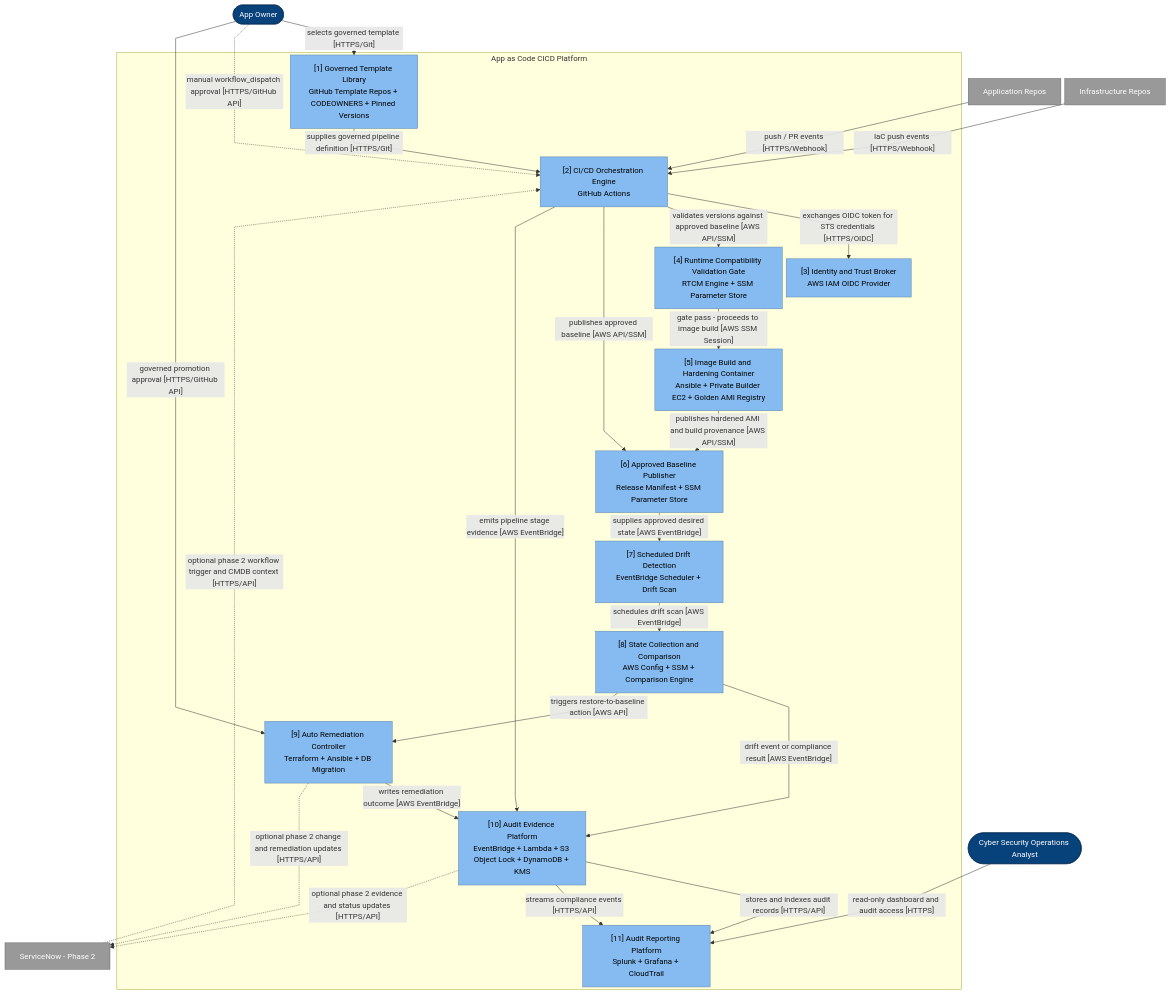
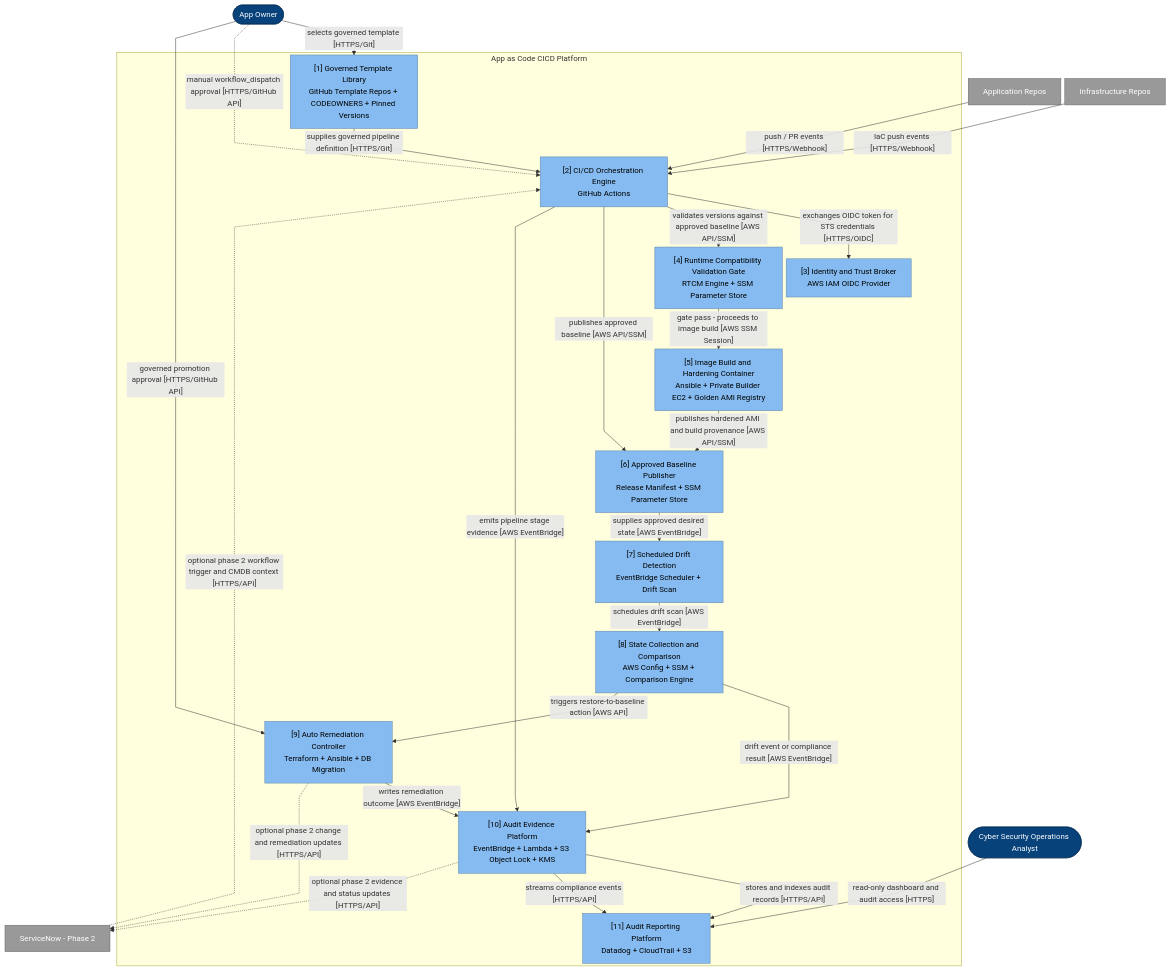
The diagram in architecture/c4-container-drawio.mmd (wingt903/CICD), drawn with Mermaid before and after one commit. The commit also changed 15 other files, not shown here.

Commit message:
Update architecture docs for S3-only audit storage and Datadog reporting

```diff
--- a/architecture/c4-container-drawio.mmd
+++ b/architecture/c4-container-drawio.mmd
@@ -1,89 +1,89 @@
 %%{init: {'themeVariables': {'fontSize': 9}, 'flowchart': {'nodeSpacing': 8, 'rankSpacing': 10, 'diagramPadding': 2, 'curve': 'linear'}}}%%
 graph TB
     %% C4 Container (Level 2) - draw.io compatible
 
     %% External actors
     appOwner([App Owner])
     auditor([Cyber Security Operations Analyst])
 
     %% External systems
     appRepos[Application Repos]
     infraRepos[Infrastructure Repos]
     sn[ServiceNow - Phase 2]
 
     %% System boundary
     subgraph cicd ["App as Code CICD Platform"]
         templates["[1] Governed Template Library
 GitHub Template Repos + CODEOWNERS + Pinned Versions"]
         orch["[2] CI/CD Orchestration Engine
 GitHub Actions"]
         trust["[3] Identity and Trust Broker
 AWS IAM OIDC Provider"]
         rtcm["[4] Runtime Compatibility Validation Gate
 RTCM Engine + SSM Parameter Store"]
         imagebuild["[5] Image Build and Hardening Container
 Ansible + Private Builder EC2 + Golden AMI Registry"]
         baseline["[6] Approved Baseline Publisher
 Release Manifest + SSM Parameter Store"]
         drift["[7] Scheduled Drift Detection
 EventBridge Scheduler + Drift Scan"]
         compare["[8] State Collection and Comparison
 AWS Config + SSM + Comparison Engine"]
         remediate["[9] Auto Remediation Controller
 Terraform + Ansible + DB Migration"]
         evidence["[10] Audit Evidence Platform
-EventBridge + Lambda + S3 Object Lock + DynamoDB + KMS"]
+EventBridge + Lambda + S3 Object Lock + KMS"]
         dashboards["[11] Audit Reporting Platform
-Splunk + Grafana + CloudTrail"]
+Datadog + CloudTrail + S3"]
     end
 
     %% External interactions
     appOwner -->|"selects governed template [HTTPS/Git]"| templates
     appRepos -->|"push / PR events [HTTPS/Webhook]"| orch
     infraRepos -->|"IaC push events [HTTPS/Webhook]"| orch
     appOwner -.->|"manual workflow_dispatch approval [HTTPS/GitHub API]"| orch
     appOwner -->|"governed promotion approval [HTTPS/GitHub API]"| remediate
     auditor -->|"read-only dashboard and audit access [HTTPS]"| dashboards
     sn -.->|"optional phase 2 workflow trigger and CMDB context [HTTPS/API]"| orch
 
     %% Template governance
     templates -->|"supplies governed pipeline definition [HTTPS/Git]"| orch
 
     %% Internal interactions
     orch -->|"exchanges OIDC token for STS credentials [HTTPS/OIDC]"| trust
     orch -->|"validates versions against approved baseline [AWS API/SSM]"| rtcm
     rtcm -->|"gate pass - proceeds to image build [AWS SSM Session]"| imagebuild
     imagebuild -->|"publishes hardened AMI and build provenance [AWS API/SSM]"| baseline
     orch -->|"publishes approved baseline [AWS API/SSM]"| baseline
     baseline -->|"supplies approved desired state [AWS EventBridge]"| drift
     drift -->|"schedules drift scan [AWS EventBridge]"| compare
     compare -->|"drift event or compliance result [AWS EventBridge]"| evidence
     compare -->|"triggers restore-to-baseline action [AWS API]"| remediate
     remediate -->|"writes remediation outcome [AWS EventBridge]"| evidence
     remediate -.->|"optional phase 2 change and remediation updates [HTTPS/API]"| sn
     orch -->|"emits pipeline stage evidence [AWS EventBridge]"| evidence
     evidence -->|"stores and indexes audit records [HTTPS/API]"| dashboards
     evidence -->|"streams compliance events [HTTPS/API]"| dashboards
     evidence -.->|"optional phase 2 evidence and status updates [HTTPS/API]"| sn
 
     %% Styling - internal containers
     style templates fill:#85BBF0,color:#000000,stroke:#5D82A8
     style orch fill:#85BBF0,color:#000000,stroke:#5D82A8
     style trust fill:#85BBF0,color:#000000,stroke:#5D82A8
     style rtcm fill:#85BBF0,color:#000000,stroke:#5D82A8
     style imagebuild fill:#85BBF0,color:#000000,stroke:#5D82A8
     style baseline fill:#85BBF0,color:#000000,stroke:#5D82A8
     style drift fill:#85BBF0,color:#000000,stroke:#5D82A8
     style compare fill:#85BBF0,color:#000000,stroke:#5D82A8
     style remediate fill:#85BBF0,color:#000000,stroke:#5D82A8
     style evidence fill:#85BBF0,color:#000000,stroke:#5D82A8
     style dashboards fill:#85BBF0,color:#000000,stroke:#5D82A8
 
     %% Styling - people
     style appOwner fill:#08427B,color:#ffffff,stroke:#052E56
     style auditor fill:#08427B,color:#ffffff,stroke:#052E56
 
     %% Styling - external systems
     style appRepos fill:#999999,color:#ffffff,stroke:#666666
     style infraRepos fill:#999999,color:#ffffff,stroke:#666666
     style sn fill:#999999,color:#ffffff,stroke:#666666
```
